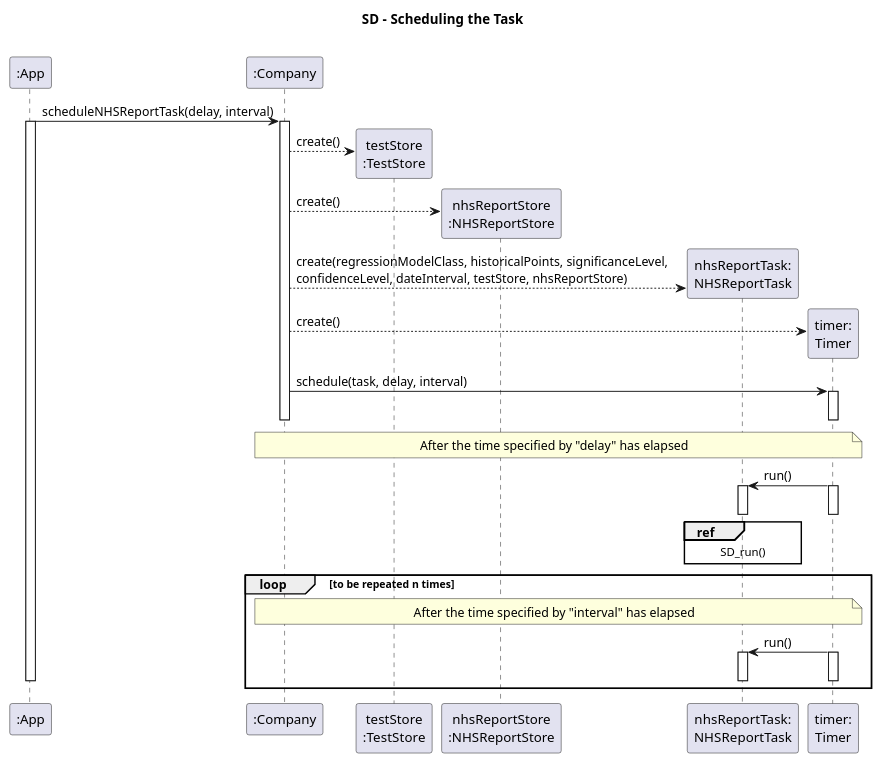
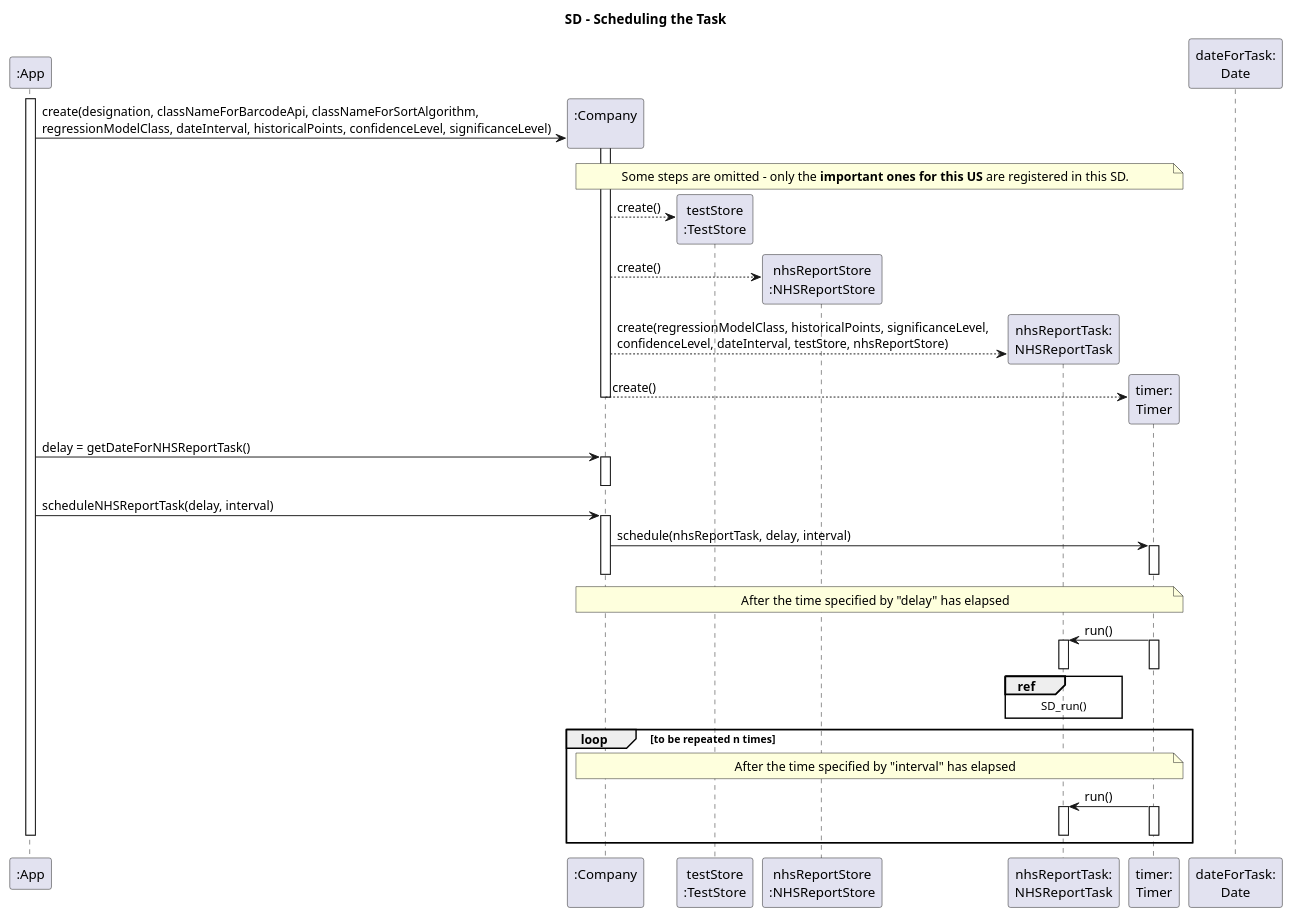
One commit to ana-albergaria/LAPR2-ISEP changed the diagram in docs/SprintD/US_19/US19_SD_SchedulingTheTask1.puml. Above: the diagram before and after it, drawn with PlantUML. The commit also changed 39 other files, not shown here.

Commit message:
US19 Updating Diagrams

```diff
--- a/docs/SprintD/US_19/US19_SD_SchedulingTheTask1.puml
+++ b/docs/SprintD/US_19/US19_SD_SchedulingTheTask1.puml
@@ -1,50 +1,63 @@
 @startuml
 
 title SD - Scheduling the Task
 
 participant ":App" as APP
-participant ":Company" as COMPANY
+participant ":Company\n" as COMPANY
 participant "testStore\n:TestStore" as TEST_STORE
 participant "nhsReportStore\n:NHSReportStore" as NHS_REPORT_STORE
 participant "nhsReportTask:\nNHSReportTask" as TASK
 participant "timer:\nTimer" as TIMER
+participant "dateForTask:\nDate" as DATE_TASK
 
 /'[o-> COMPANY : scheduleNHSReportTask(delay, interval)'/
-APP -> COMPANY : scheduleNHSReportTask(delay, interval)
 activate APP
+APP -> COMPANY** : create(designation, classNameForBarcodeApi, classNameForSortAlgorithm, \nregressionModelClass, dateInterval, historicalPoints, confidenceLevel, significanceLevel)
 activate COMPANY
+note over COMPANY, TIMER
+Some steps are omitted - only the **important ones for this US** are registered in this SD.
+end note
 COMPANY --> TEST_STORE** : create()
 COMPANY --> NHS_REPORT_STORE** : create()
 COMPANY --> TASK** : create(regressionModelClass, historicalPoints, significanceLevel, \nconfidenceLevel, dateInterval, testStore, nhsReportStore)
 COMPANY --> TIMER** : create()
-COMPANY -> TIMER : schedule(task, delay, interval)
+deactivate COMPANY
+
+APP -> COMPANY : delay = getDateForNHSReportTask()
+activate COMPANY
+deactivate COMPANY
+
+APP -> COMPANY : scheduleNHSReportTask(delay, interval)
+activate COMPANY
+
+COMPANY -> TIMER : schedule(nhsReportTask, delay, interval)
 activate TIMER
 deactivate TIMER
 deactivate COMPANY
 note over COMPANY, TIMER
 After the time specified by "delay" has elapsed
 end note
 TIMER -> TASK : run()
 activate TIMER
 deactivate TIMER
 activate TASK
 'CORRIGIR ESTÉTICA!!!
 ref over TASK
 SD_run()
 end
 deactivate TASK
 'CONFIRMAR LOOP SE ESTÁ NO SÍTIO CERTO!!!!!
 loop to be repeated n times
 note over COMPANY, TIMER
 After the time specified by "interval" has elapsed
 end note
 TIMER -> TASK : run()
 activate TIMER
 deactivate TIMER
 activate TASK
 deactivate TASK
 deactivate APP
 end
 
 
 @enduml
```
